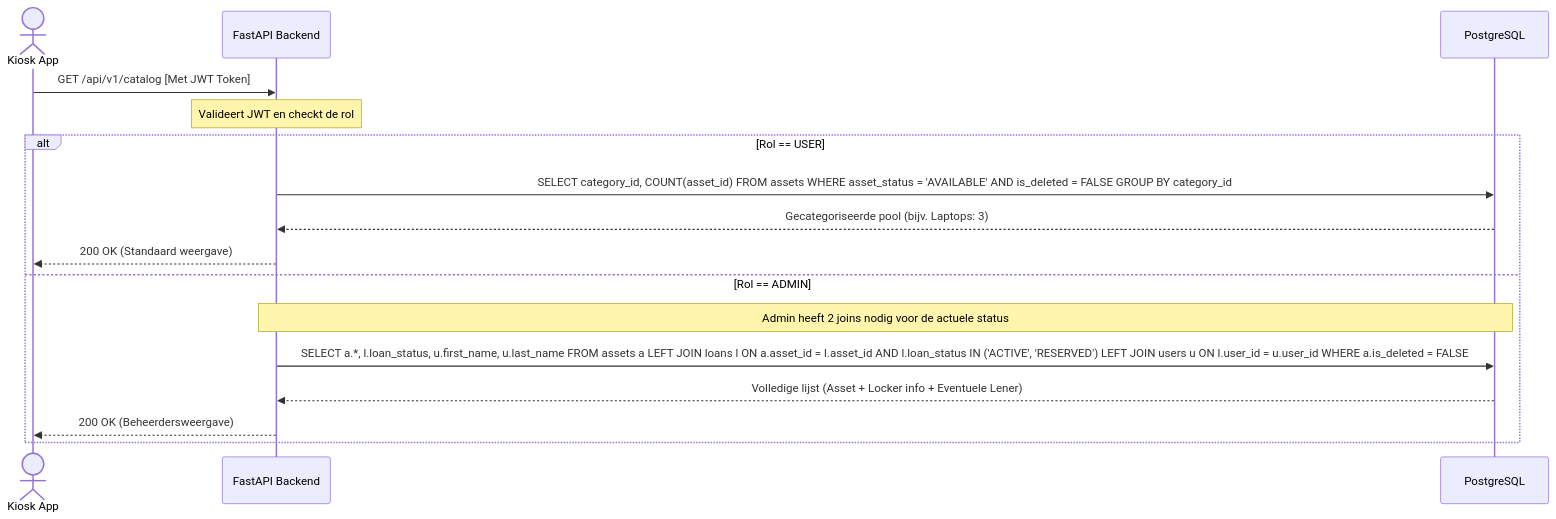
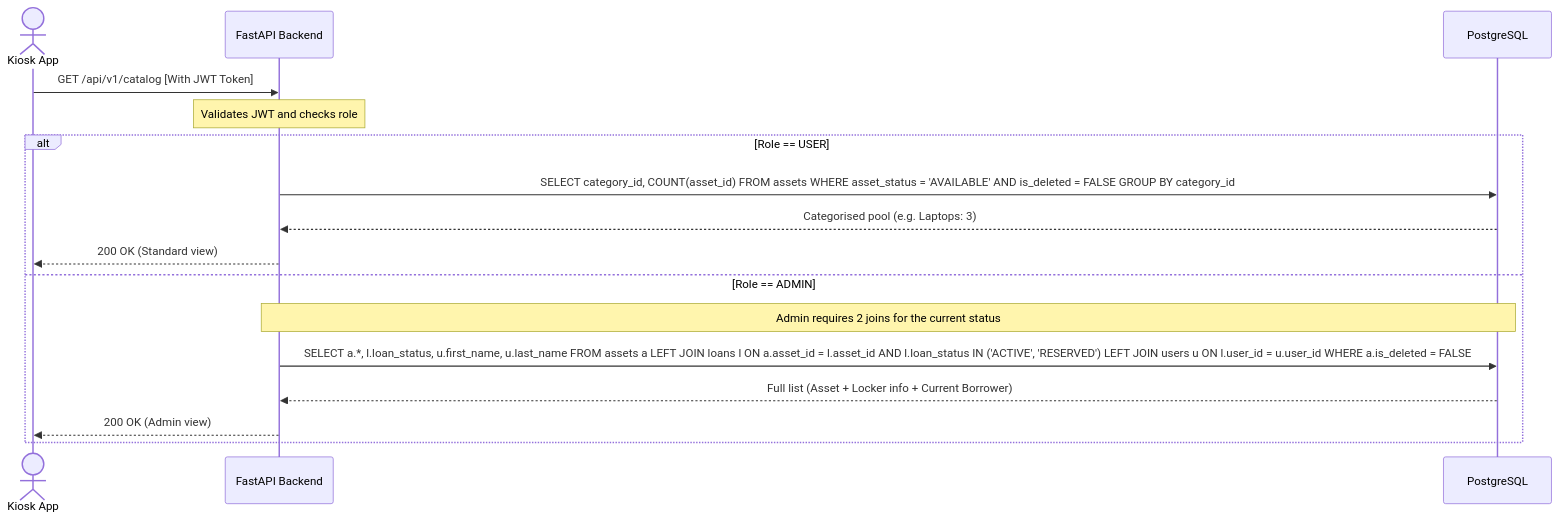
The diagram in docs/diagrams/sequence_catalog.mmd (easylend-practice-enterprise/easylend), drawn with Mermaid before and after one commit. The commit also changed 39 other files, not shown here.

```diff
--- a/docs/diagrams/sequence_catalog.mmd
+++ b/docs/diagrams/sequence_catalog.mmd
@@ -1,18 +1,18 @@
 sequenceDiagram
     actor Client as Kiosk App
     participant API as FastAPI Backend
     participant DB as PostgreSQL
 
-    Client->>API: GET /api/v1/catalog [Met JWT Token]
-    Note over API: Valideert JWT en checkt de rol
+    Client->>API: GET /api/v1/catalog [With JWT Token]
+    Note over API: Validates JWT and checks role
 
-    alt Rol == USER
+    alt Role == USER
         API->>DB: SELECT category_id, COUNT(asset_id) FROM assets WHERE asset_status = 'AVAILABLE' AND is_deleted = FALSE GROUP BY category_id
-        DB-->>API: Gecategoriseerde pool (bijv. Laptops: 3)
-        API-->>Client: 200 OK (Standaard weergave)
-    else Rol == ADMIN
-        Note over API,DB: Admin heeft 2 joins nodig voor de actuele status
+        DB-->>API: Categorised pool (e.g. Laptops: 3)
+        API-->>Client: 200 OK (Standard view)
+    else Role == ADMIN
+        Note over API,DB: Admin requires 2 joins for the current status
         API->>DB: SELECT a.*, l.loan_status, u.first_name, u.last_name FROM assets a LEFT JOIN loans l ON a.asset_id = l.asset_id AND l.loan_status IN ('ACTIVE', 'RESERVED') LEFT JOIN users u ON l.user_id = u.user_id WHERE a.is_deleted = FALSE
-        DB-->>API: Volledige lijst (Asset + Locker info + Eventuele Lener)
-        API-->>Client: 200 OK (Beheerdersweergave)
+        DB-->>API: Full list (Asset + Locker info + Current Borrower)
+        API-->>Client: 200 OK (Admin view)
     end
```
